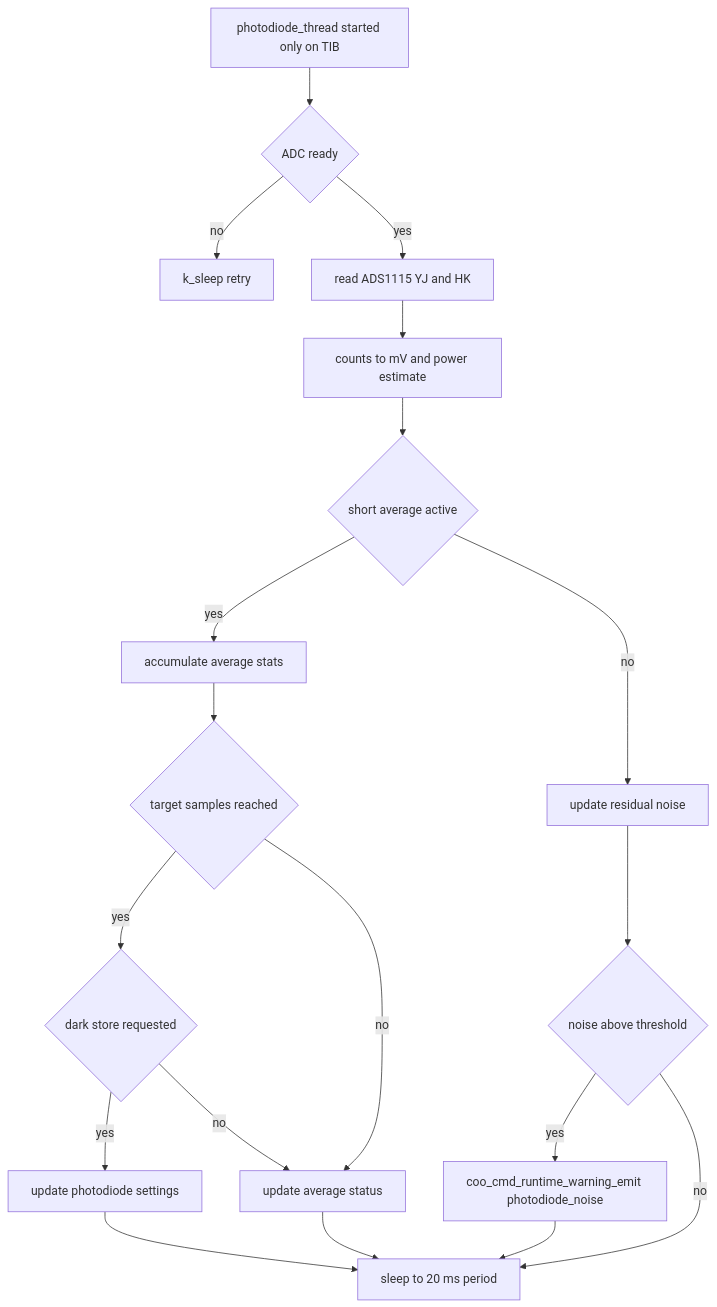
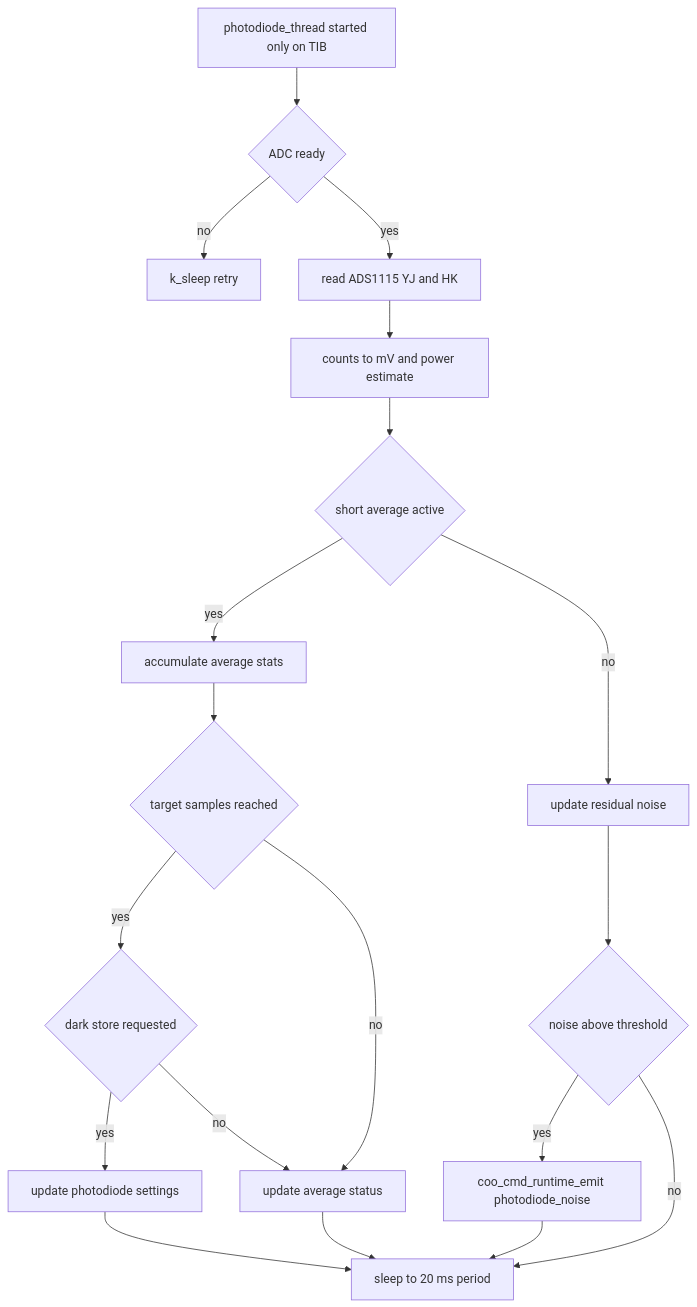
The tenth of 22 diagrams in doc/diagrams.md (COO-Utilities/hispec-tib), drawn with Mermaid before and after one commit. The commit also changed other lines of this file and 15 other files, not shown here.

````diff
--- a/doc/diagrams.md
+++ b/doc/diagrams.md
@@ -198,21 +198,21 @@
 ```mermaid
 flowchart TD
   Thread[photodiode_thread started only on TIB] --> Adc{ADC ready}
   Adc -- no --> Sleep[k_sleep retry]
   Adc -- yes --> Sample[read ADS1115 YJ and HK]
   Sample --> Convert[counts to mV and power estimate]
   Convert --> Average{short average active}
   Average -- yes --> Accumulate[accumulate average stats]
   Accumulate --> Complete{target samples reached}
   Complete -- yes --> Store{dark store requested}
   Store -- yes --> Persist[update photodiode settings]
   Store -- no --> Status[update average status]
   Complete -- no --> Status
   Average -- no --> Noise[update residual noise]
   Status --> SleepPeriod[sleep to 20 ms period]
   Persist --> SleepPeriod
   Noise --> Warn{noise above threshold}
-  Warn -- yes --> Emit[coo_cmd_runtime_warning_emit photodiode_noise]
+  Warn -- yes --> Emit[coo_cmd_runtime_emit photodiode_noise]
   Warn -- no --> SleepPeriod
   Emit --> SleepPeriod
 ```
````
